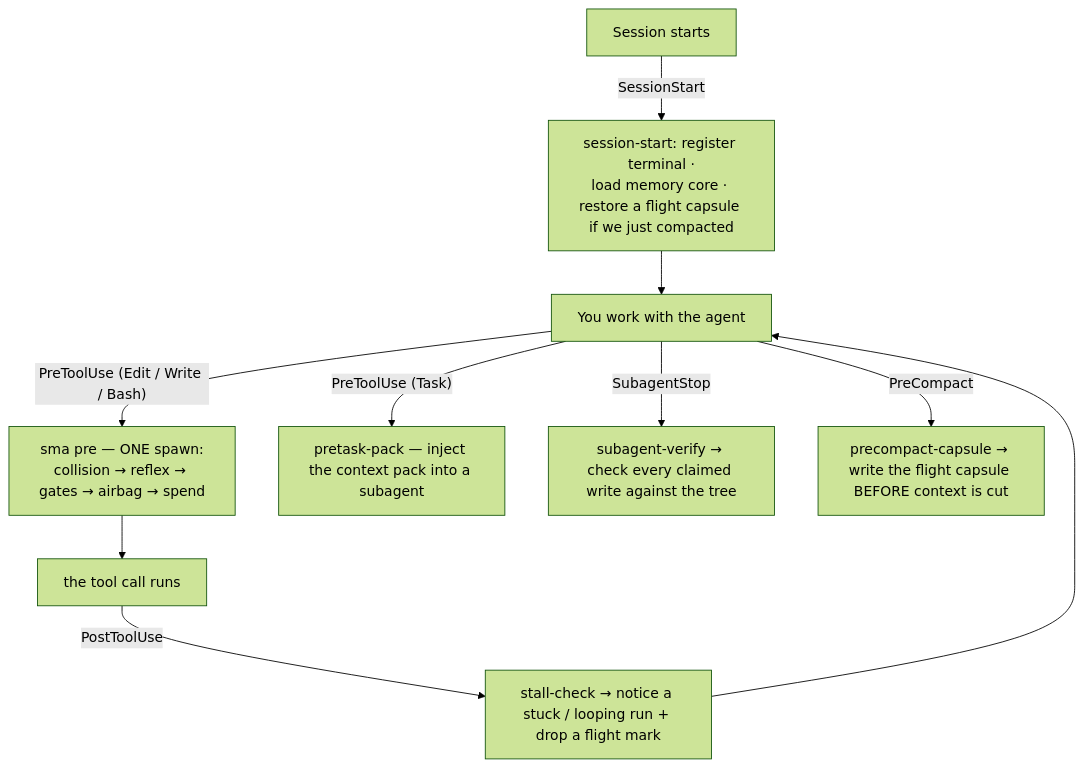
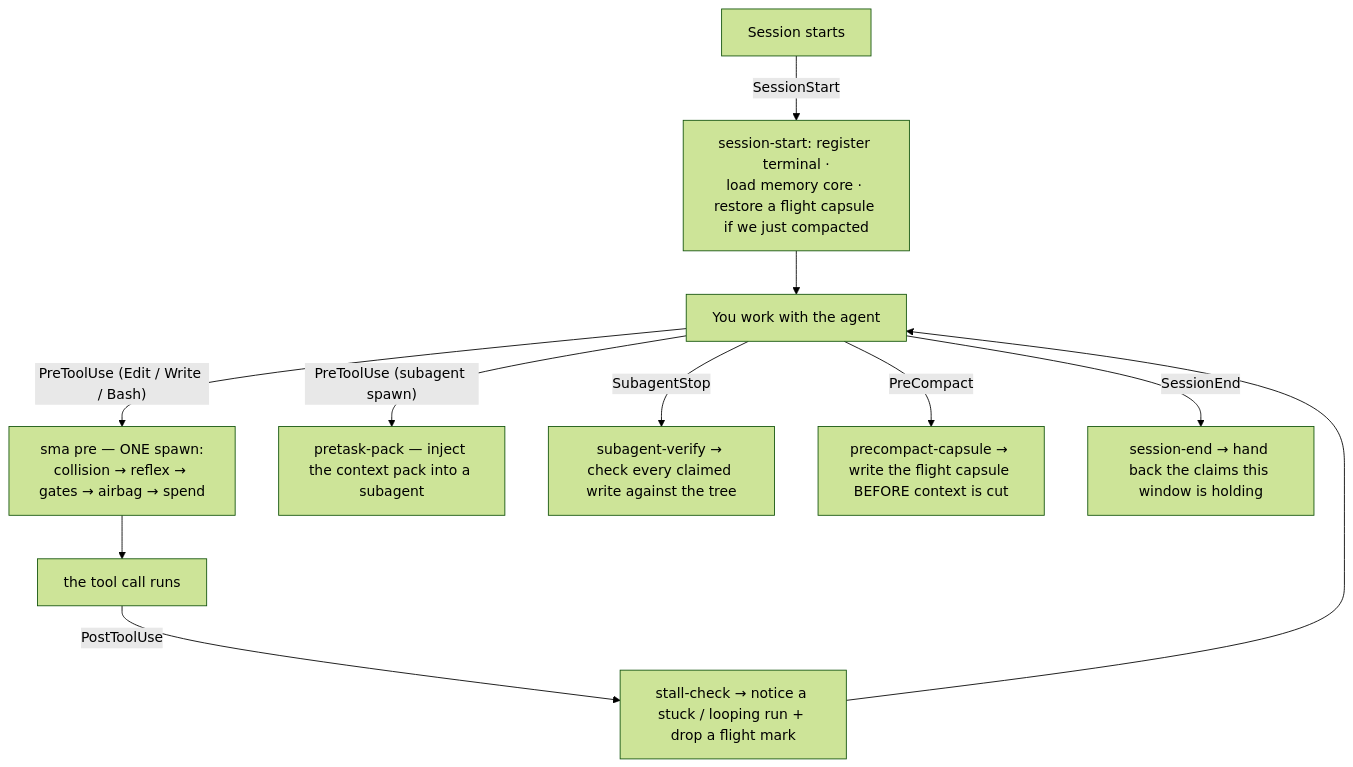
One commit to sma-framework/sma changed the fourth of 24 diagrams in docs/DETAILS.md. Above: the diagram before and after it, drawn with Mermaid (forest theme). The commit also changed other lines of this file and 6 other files, not shown here.

````diff
--- a/docs/DETAILS.md
+++ b/docs/DETAILS.md
@@ -369,12 +369,13 @@
 ```mermaid
 flowchart TD
     S["Session starts"] -->|SessionStart| S1["session-start: register terminal ·<br>load memory core · restore a flight capsule if we just compacted"]
     S1 --> W["You work with the agent"]
     W -->|"PreToolUse (Edit / Write / Bash)"| P1["sma pre — ONE spawn:<br>collision → reflex → gates → airbag → spend"]
     P1 --> ACT["the tool call runs"]
-    W -->|"PreToolUse (Task)"| PT["pretask-pack — inject the context pack into a subagent"]
+    W -->|"PreToolUse (subagent spawn)"| PT["pretask-pack — inject the context pack into a subagent"]
     ACT -->|PostToolUse| PO["stall-check → notice a stuck / looping run + drop a flight mark"]
     W -->|SubagentStop| SV["subagent-verify → check every claimed write against the tree"]
     W -->|PreCompact| PC["precompact-capsule → write the flight capsule BEFORE context is cut"]
+    W -->|SessionEnd| SE["session-end → hand back the claims this window is holding"]
     PO --> W
 ```
````
